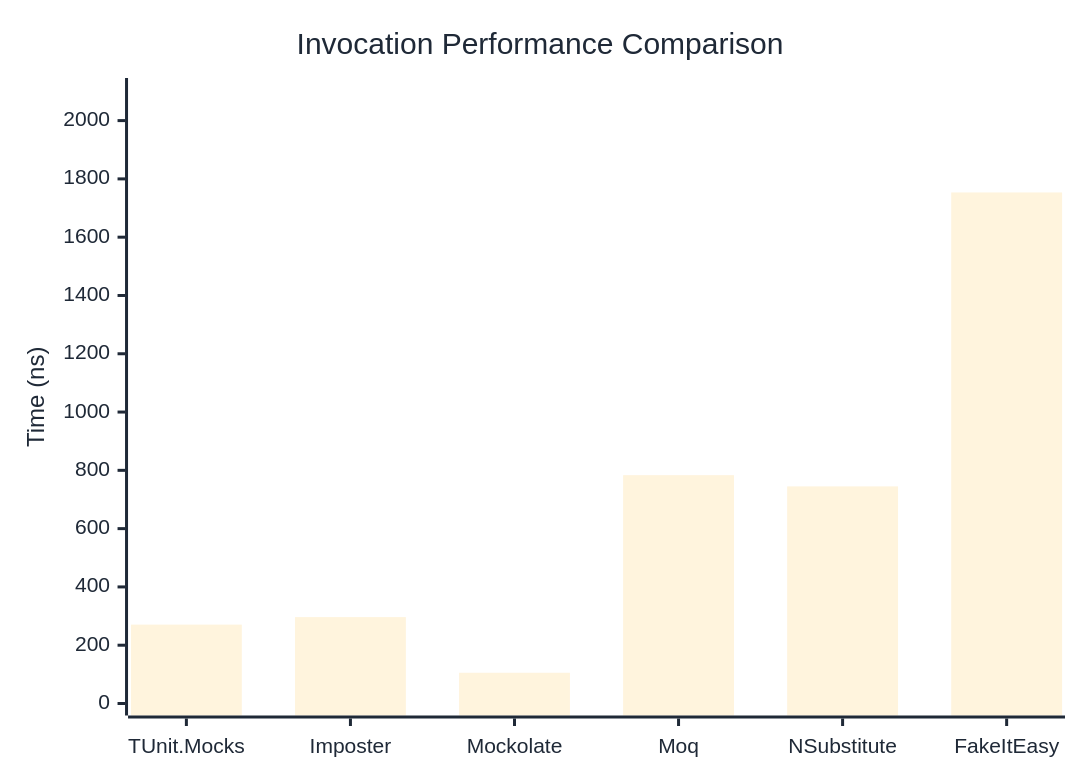
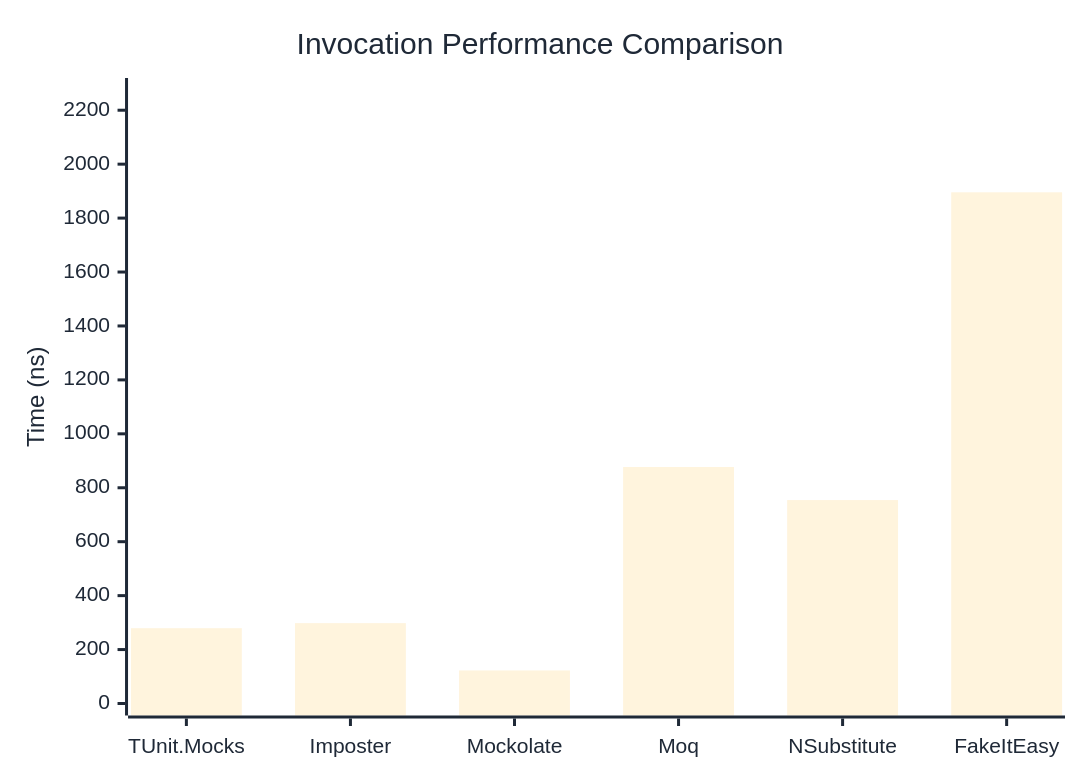
The first of 3 diagrams in docs/docs/benchmarks/mocks/Invocation.md (thomhurst/TUnit), drawn with Mermaid before and after one commit. The commit also changed other lines of this file and 14 other files, not shown here.

````diff
--- a/docs/docs/benchmarks/mocks/Invocation.md
+++ b/docs/docs/benchmarks/mocks/Invocation.md
@@ -30,27 +30,27 @@
 ```mermaid
 %%{init: {
   'theme':'base',
   'themeVariables': {
     'primaryColor': '#2563eb',
     'primaryTextColor': '#1f2937',
     'primaryBorderColor': '#1e40af',
     'lineColor': '#6b7280',
     'secondaryColor': '#7c3aed',
     'tertiaryColor': '#dc2626',
     'background': '#ffffff',
     'pie1': '#2563eb',
     'pie2': '#7c3aed',
     'pie3': '#dc2626',
     'pie4': '#f59e0b',
     'pie5': '#10b981',
     'pie6': '#06b6d4',
     'pie7': '#ec4899',
     'pie8': '#6366f1'
   }
 }}%%
 xychart-beta
   title "Invocation Performance Comparison"
   x-axis ["TUnit.Mocks", "Imposter", "Mockolate", "Moq", "NSubstitute", "FakeItEasy"]
-  y-axis "Time (ns)" 0 --> 2105
-  bar [270.65, 296.41, 105.51, 783.44, 744.91, 1753.45]
+  y-axis "Time (ns)" 0 --> 2275
+  bar [279.3, 298, 122.6, 876.9, 754.4, 1895.6]
 ```
````
